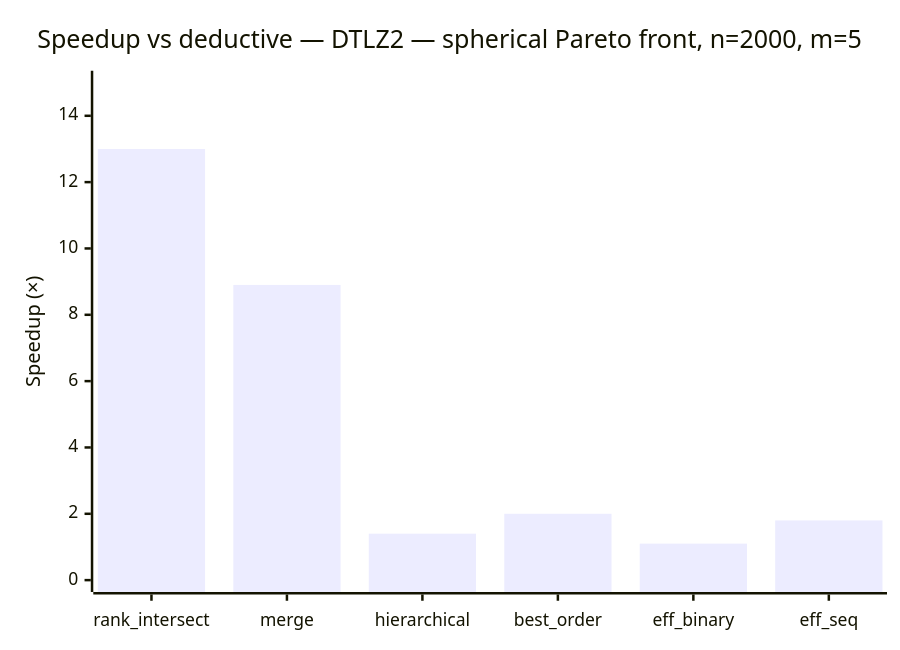
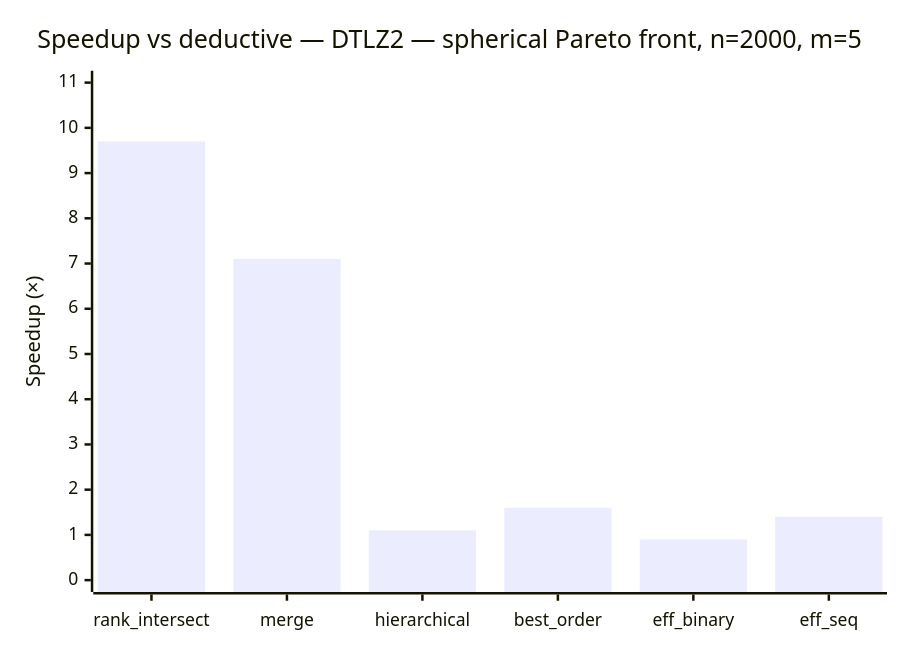
Before and after one commit to foolnotion/ndsort: the sixth of 8 diagrams in BENCHMARKS.md, drawn with Mermaid. The commit also changed other lines of this file and 4 other files, not shown here.

````diff
--- a/BENCHMARKS.md
+++ b/BENCHMARKS.md
@@ -175,7 +172,7 @@
 ```mermaid
 xychart-beta
     title "Speedup vs deductive — DTLZ2 — spherical Pareto front, n=2000, m=5"
     x-axis ["rank_intersect", "merge", "hierarchical", "best_order", "eff_binary", "eff_seq"]
-    y-axis "Speedup (×)" 0 --> 15
-    bar [13.0, 8.9, 1.4, 2.0, 1.1, 1.8]
+    y-axis "Speedup (×)" 0 --> 11
+    bar [9.7, 7.1, 1.1, 1.6, 0.9, 1.4]
 ```
````
